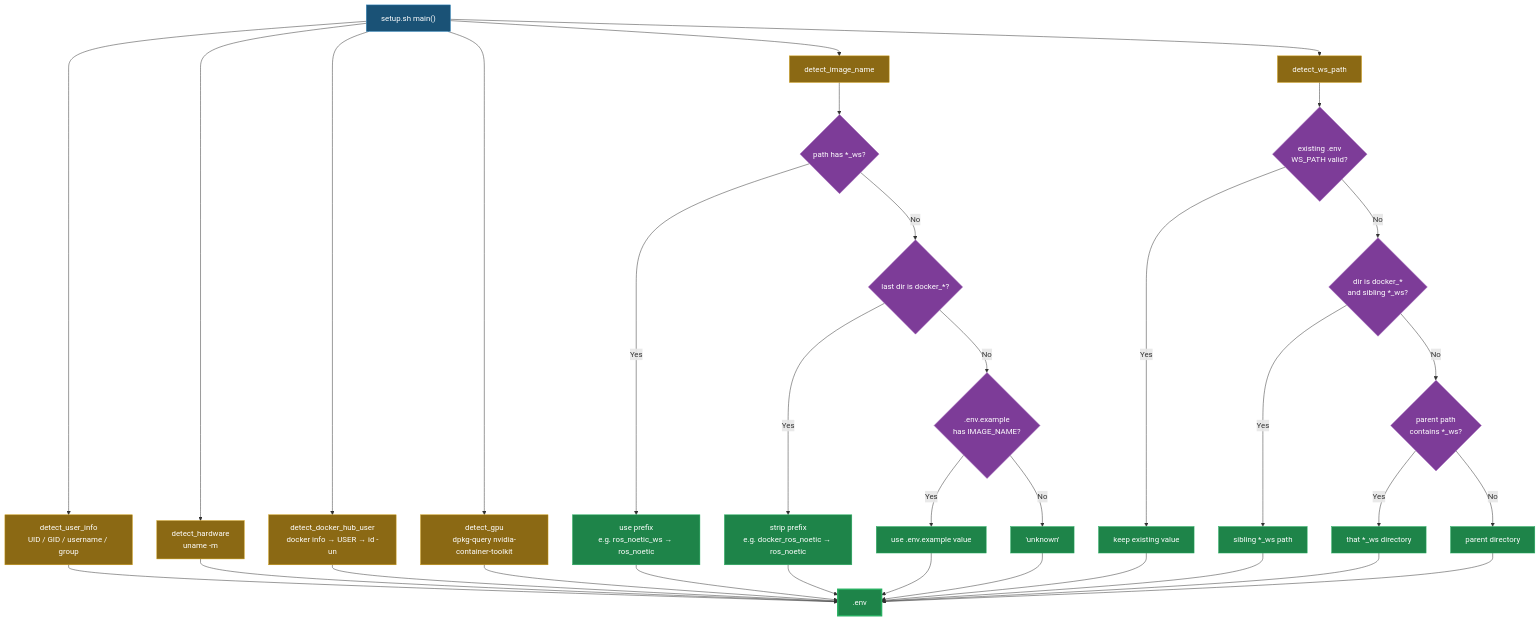
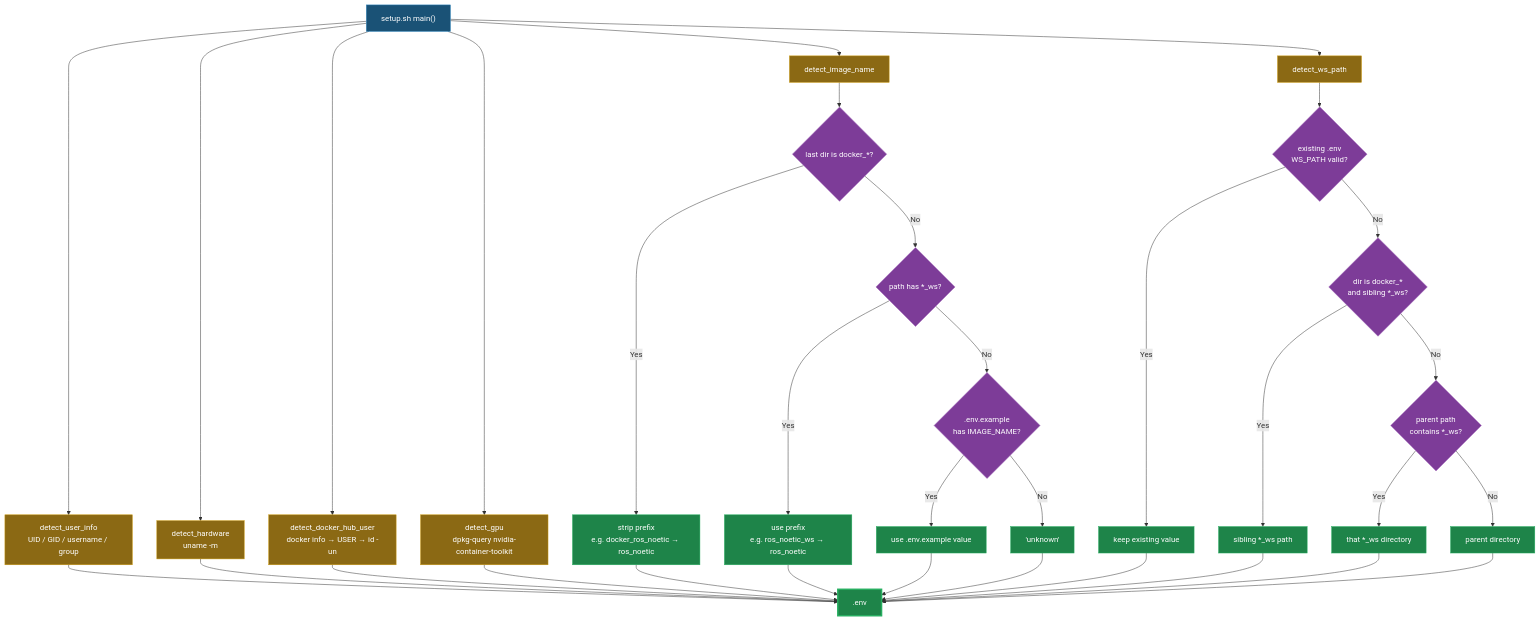
The first of 2 diagrams in README.md (ycpss91255-docker/ros_noetic), drawn with Mermaid before and after one commit. The commit also changed other lines of this file and 3 other files, not shown here.

````diff
--- a/README.md
+++ b/README.md
@@ -269,46 +269,46 @@
 ```mermaid
 graph TD
     A["setup.sh main()"]:::entry
 
     A --> B["detect_user_info\nUID / GID / username / group"]:::detect
     A --> C["detect_hardware\nuname -m"]:::detect
     A --> D["detect_docker_hub_user\ndocker info → USER → id -un"]:::detect
     A --> E["detect_gpu\ndpkg-query nvidia-container-toolkit"]:::detect
     A --> F["detect_image_name"]:::detect
     A --> G["detect_ws_path"]:::detect
 
-    F --> F1{"path has *_ws?"}:::decision
-    F1 -- "Yes" --> F1R["use prefix\ne.g. ros_noetic_ws → ros_noetic"]:::result
-    F1 -- "No" --> F2{"last dir is docker_*?"}:::decision
-    F2 -- "Yes" --> F2R["strip prefix\ne.g. docker_ros_noetic → ros_noetic"]:::result
+    F --> F1{"last dir is docker_*?"}:::decision
+    F1 -- "Yes" --> F1R["strip prefix\ne.g. docker_ros_noetic → ros_noetic"]:::result
+    F1 -- "No" --> F2{"path has *_ws?"}:::decision
+    F2 -- "Yes" --> F2R["use prefix\ne.g. ros_noetic_ws → ros_noetic"]:::result
     F2 -- "No" --> F3{".env.example\nhas IMAGE_NAME?"}:::decision
     F3 -- "Yes" --> F3R["use .env.example value"]:::result
     F3 -- "No" --> F4R["'unknown'"]:::result
 
     G --> G0{"existing .env\nWS_PATH valid?"}:::decision
     G0 -- "Yes" --> G0R["keep existing value"]:::result
     G0 -- "No" --> G1{"dir is docker_*\nand sibling *_ws?"}:::decision
     G1 -- "Yes" --> G1R["sibling *_ws path"]:::result
     G1 -- "No" --> G2{"parent path\ncontains *_ws?"}:::decision
     G2 -- "Yes" --> G2R["that *_ws directory"]:::result
     G2 -- "No" --> G3R["parent directory"]:::result
 
     B --> H[".env"]:::output
     C --> H
     D --> H
     E --> H
     F1R --> H
     F2R --> H
     F3R --> H
     F4R --> H
     G0R --> H
     G1R --> H
     G2R --> H
     G3R --> H
 
     classDef entry fill:#1a5276,color:#fff,stroke:#2980b9
     classDef detect fill:#8B6914,color:#fff,stroke:#c8960c
     classDef decision fill:#7d3c98,color:#fff,stroke:#a569bd
     classDef result fill:#1e8449,color:#fff,stroke:#27ae60
     classDef output fill:#1e8449,color:#fff,stroke:#27ae60,stroke-width:3px
 ```
````
